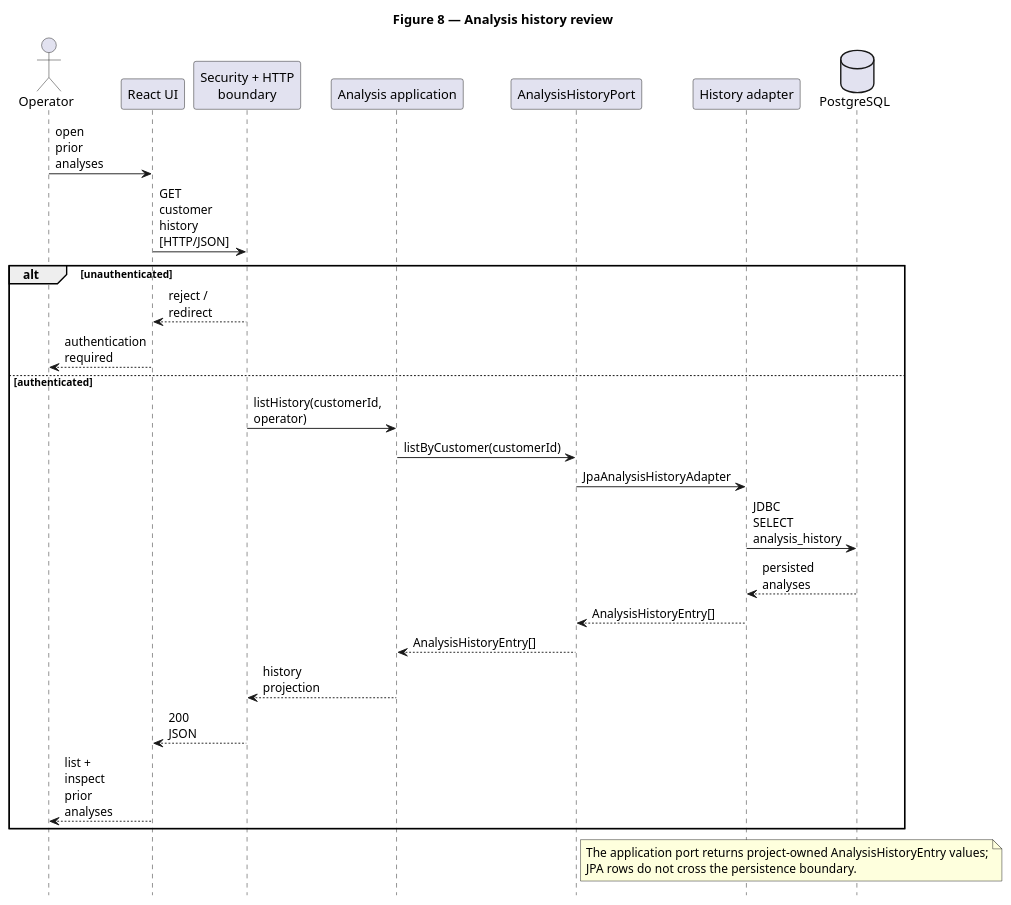
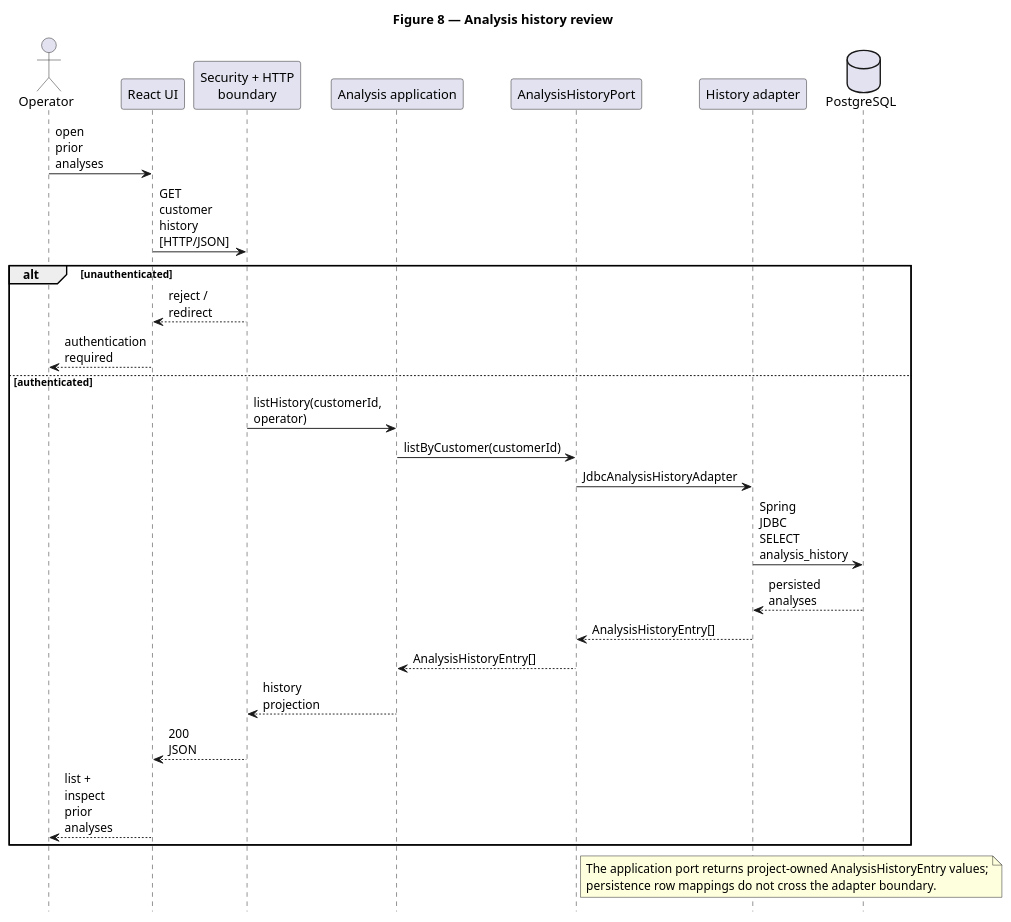
One commit to jdoe-dev-159753/specgraph-reference-app changed the diagram in docs/assignment/SDD/diagrams/sequence-analysis-history.puml. Above: the diagram before and after it, drawn with PlantUML.

Commit message:
docs: rename history adapter to JDBC

```diff
--- a/docs/assignment/SDD/diagrams/sequence-analysis-history.puml
+++ b/docs/assignment/SDD/diagrams/sequence-analysis-history.puml
@@ -1,36 +1,36 @@
 @startuml
 title Figure 8 — Analysis history review
 hide footbox
 skinparam maxMessageSize 52
 
 actor Operator
 participant "React UI" as UI
 participant "Security + HTTP\nboundary" as Boundary
 participant "Analysis application" as Analysis
 participant "AnalysisHistoryPort" as History
 participant "History adapter" as Adapter
 database "PostgreSQL" as DB
 
 Operator -> UI : open prior analyses
 UI -> Boundary : GET customer history [HTTP/JSON]
 alt unauthenticated
   Boundary --> UI : reject / redirect
   UI --> Operator : authentication required
 else authenticated
   Boundary -> Analysis : listHistory(customerId, operator)
   Analysis -> History : listByCustomer(customerId)
-  History -> Adapter : JpaAnalysisHistoryAdapter
-  Adapter -> DB : JDBC SELECT analysis_history
+  History -> Adapter : JdbcAnalysisHistoryAdapter
+  Adapter -> DB : Spring JDBC SELECT analysis_history
   DB --> Adapter : persisted analyses
   Adapter --> History : AnalysisHistoryEntry[]
   History --> Analysis : AnalysisHistoryEntry[]
   Analysis --> Boundary : history projection
   Boundary --> UI : 200 JSON
   UI --> Operator : list + inspect prior analyses
 end
 
 note right of History
   The application port returns project-owned AnalysisHistoryEntry values;
-  JPA rows do not cross the persistence boundary.
+  persistence row mappings do not cross the adapter boundary.
 end note
 @enduml
```
